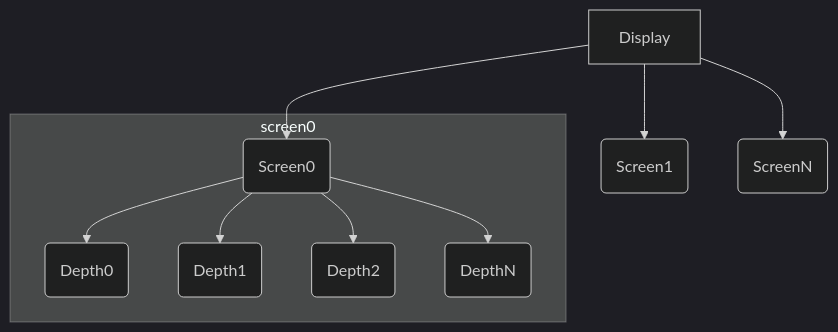
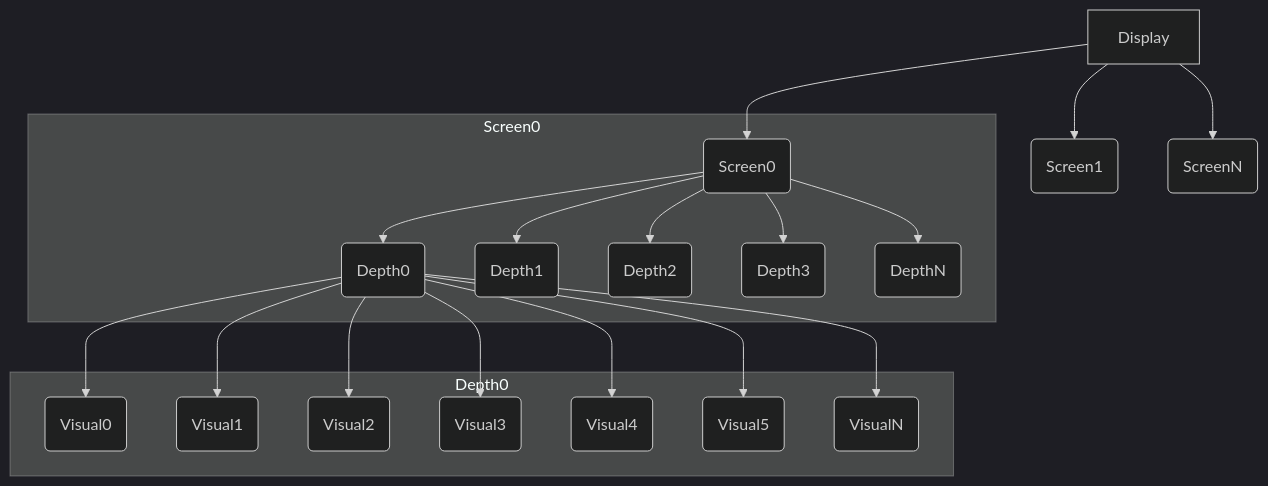
The diagram in source/_posts/x-hierarchy.md (lucmann/lucmann.github.io), drawn with Mermaid (dark theme) before and after one commit. The commit also changed other lines of this file and 1 other file, not shown here.

Commit message:
fix: add 'Read more..'

````diff
--- a/source/_posts/x-hierarchy.md
+++ b/source/_posts/x-hierarchy.md
@@ -17,13 +19,23 @@
 ```mermaid
 graph TD
     D[Display]
     D --> s0(Screen0)
     D --> s1(Screen1)
     D --> sN(ScreenN)
-    subgraph screen0
+    subgraph Screen0
     s0 --> d0(Depth0)
     s0 --> d1(Depth1)
     s0 --> d2(Depth2)
+    s0 --> d3(Depth3)
     s0 --> dN(DepthN)
     end
+    subgraph Depth0
+    d0 --> v0(Visual0)
+    d0 --> v1(Visual1)
+    d0 --> v2(Visual2)
+    d0 --> v3(Visual3)
+    d0 --> v4(Visual4)
+    d0 --> v5(Visual5)
+    d0 --> vN(VisualN)
+    end
 ```
````
